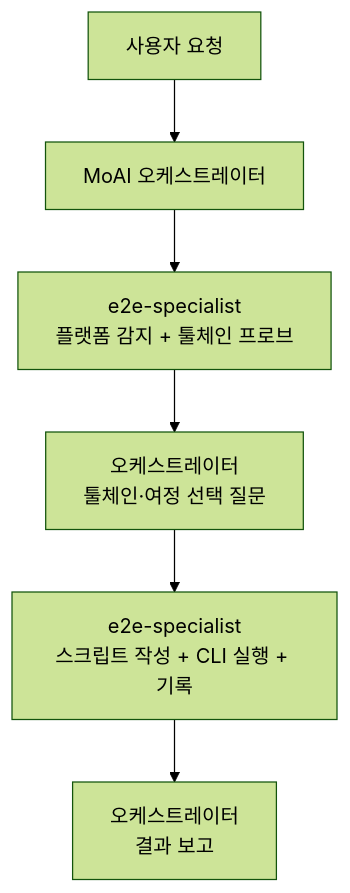
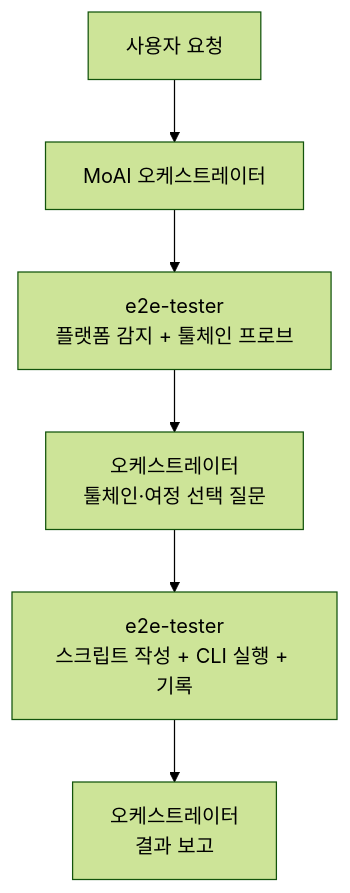
The second of 2 diagrams in docs-site/content/ko/utility-commands/moai-e2e.md (modu-ai/moai-adk), drawn with Mermaid (forest theme) before and after one commit. The commit also changed other lines of this file and 72 other files, not shown here.

First line of the commit message:
refactor: rename e2e-specialist agent → e2e-tester

````diff
--- a/docs-site/content/ko/utility-commands/moai-e2e.md
+++ b/docs-site/content/ko/utility-commands/moai-e2e.md
@@ -157,8 +157,8 @@
 ```mermaid
 flowchart TD
     User["사용자 요청"] --> Orchestrator["MoAI 오케스트레이터"]
-    Orchestrator --> Detect["e2e-specialist<br/>플랫폼 감지 + 툴체인 프로브"]
+    Orchestrator --> Detect["e2e-tester<br/>플랫폼 감지 + 툴체인 프로브"]
     Detect --> Ask["오케스트레이터<br/>툴체인·여정 선택 질문"]
-    Ask --> Exec["e2e-specialist<br/>스크립트 작성 + CLI 실행 + 기록"]
+    Ask --> Exec["e2e-tester<br/>스크립트 작성 + CLI 실행 + 기록"]
     Exec --> Report["오케스트레이터<br/>결과 보고"]
 ```
````
